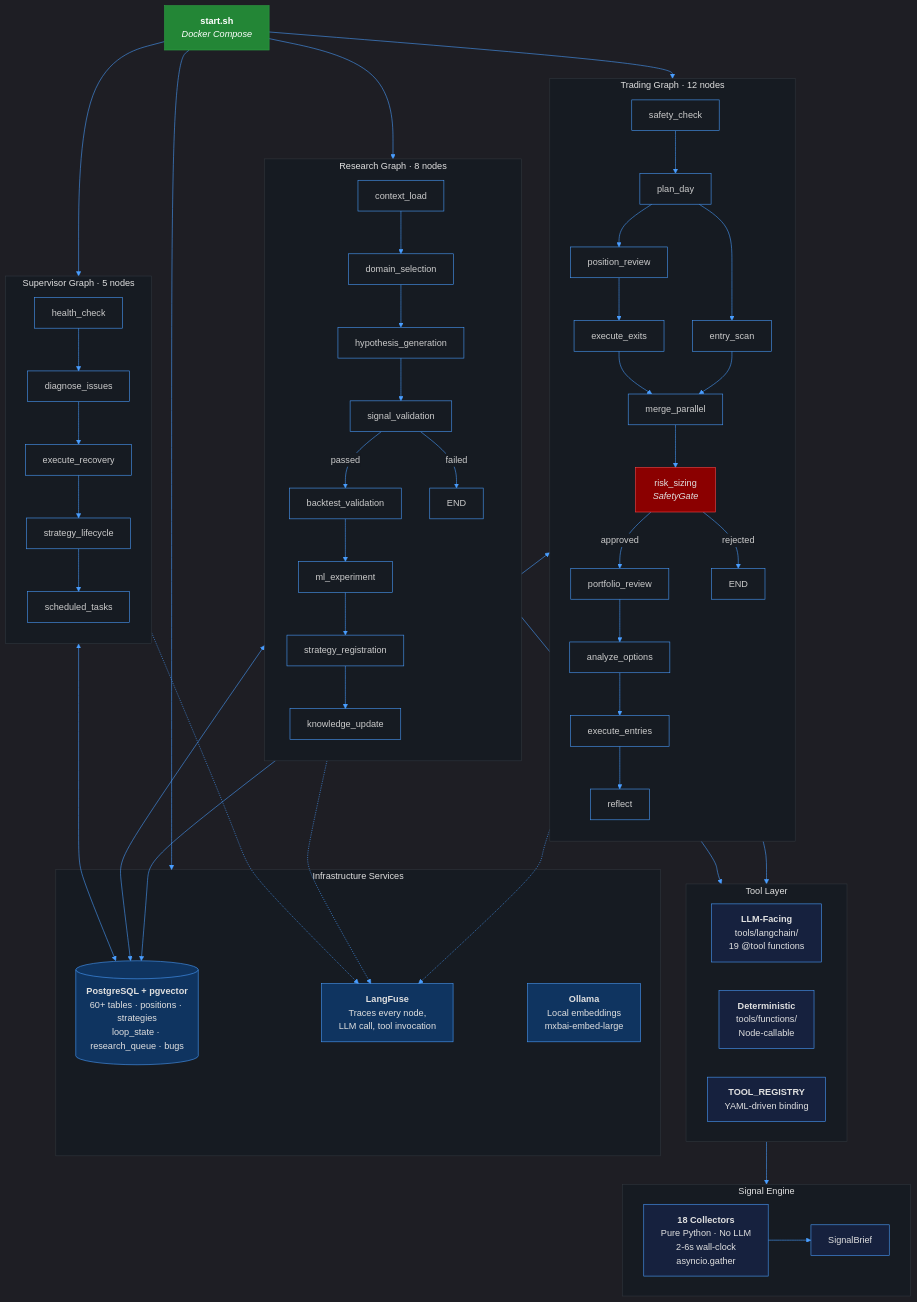
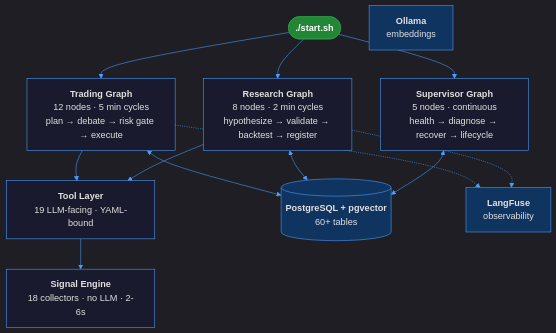
One commit to kbichave/QuantStack changed the diagram in docs/images/architecture.mmd. Above: the diagram before and after it, drawn with Mermaid. The commit also changed 1 other file, not shown here.

Commit message:
docs: simplify architecture diagram to high-level system view

```diff
--- a/docs/images/architecture.mmd
+++ b/docs/images/architecture.mmd
@@ -1,86 +1,38 @@
 %%{init: {'theme': 'dark', 'themeVariables': {'primaryColor': '#1a1a2e', 'primaryTextColor': '#e0e0e0', 'primaryBorderColor': '#4a9eff', 'lineColor': '#4a9eff', 'secondaryColor': '#16213e', 'tertiaryColor': '#0f3460', 'background': '#0d1117', 'mainBkg': '#161b22', 'nodeBorder': '#4a9eff', 'clusterBkg': '#161b22', 'clusterBorder': '#30363d', 'titleColor': '#e0e0e0', 'edgeLabelBackground': '#161b22'}}}%%
 
 graph TB
-    START["<b>start.sh</b><br/><i>Docker Compose</i>"]
+    START(["<b>./start.sh</b>"])
 
-    subgraph INFRA["Infrastructure Services"]
-        PG[("<b>PostgreSQL + pgvector</b><br/>60+ tables · positions · strategies<br/>loop_state · research_queue · bugs")]
-        LF["<b>LangFuse</b><br/>Traces every node,<br/>LLM call, tool invocation"]
-        OL["<b>Ollama</b><br/>Local embeddings<br/>mxbai-embed-large"]
-    end
+    TRADING["<b>Trading Graph</b><br/>12 nodes · 5 min cycles<br/>plan → debate → risk gate → execute"]
+    RESEARCH["<b>Research Graph</b><br/>8 nodes · 2 min cycles<br/>hypothesize → validate → backtest → register"]
+    SUPERVISOR["<b>Supervisor Graph</b><br/>5 nodes · continuous<br/>health → diagnose → recover → lifecycle"]
 
-    subgraph TRADING["Trading Graph  ·  12 nodes"]
-        direction TB
-        T_SC["safety_check"] --> T_PD["plan_day"]
-        T_PD --> T_PR["position_review"]
-        T_PD --> T_ES["entry_scan"]
-        T_PR --> T_EX["execute_exits"]
-        T_EX --> T_MP["merge_parallel"]
-        T_ES --> T_MP
-        T_MP --> T_RS["risk_sizing<br/><i>SafetyGate</i>"]
-        T_RS -->|approved| T_PFR["portfolio_review"]
-        T_RS -->|rejected| T_END["END"]
-        T_PFR --> T_AO["analyze_options"]
-        T_AO --> T_EE["execute_entries"]
-        T_EE --> T_RF["reflect"]
-    end
-
-    subgraph RESEARCH["Research Graph  ·  8 nodes"]
-        direction TB
-        R_CL["context_load"] --> R_DS["domain_selection"]
-        R_DS --> R_HG["hypothesis_generation"]
-        R_HG --> R_SV["signal_validation"]
-        R_SV -->|passed| R_BV["backtest_validation"]
-        R_SV -->|failed| R_END["END"]
-        R_BV --> R_ML["ml_experiment"]
-        R_ML --> R_SR["strategy_registration"]
-        R_SR --> R_KU["knowledge_update"]
-    end
-
-    subgraph SUPERVISOR["Supervisor Graph  ·  5 nodes"]
-        direction TB
-        S_HC["health_check"] --> S_DI["diagnose_issues"]
-        S_DI --> S_ER["execute_recovery"]
-        S_ER --> S_SL["strategy_lifecycle"]
-        S_SL --> S_ST["scheduled_tasks"]
-    end
-
-    subgraph TOOLS["Tool Layer"]
-        direction LR
-        TL_LLM["<b>LLM-Facing</b><br/>tools/langchain/<br/>19 @tool functions"]
-        TL_DET["<b>Deterministic</b><br/>tools/functions/<br/>Node-callable"]
-        TL_REG["<b>TOOL_REGISTRY</b><br/>YAML-driven binding"]
-    end
-
-    subgraph SIGNALS["Signal Engine"]
-        SE["<b>18 Collectors</b><br/>Pure Python · No LLM<br/>2-6s wall-clock<br/>asyncio.gather"]
-        SB["SignalBrief"]
-        SE --> SB
-    end
+    SE["<b>Signal Engine</b><br/>18 collectors · no LLM · 2-6s"]
+    TOOLS["<b>Tool Layer</b><br/>19 LLM-facing · YAML-bound"]
+    PG[("<b>PostgreSQL + pgvector</b><br/>60+ tables")]
+    LF["<b>LangFuse</b><br/>observability"]
+    OL["<b>Ollama</b><br/>embeddings"]
 
     START --> TRADING
     START --> RESEARCH
     START --> SUPERVISOR
-    START --> INFRA
 
     TRADING <--> PG
     RESEARCH <--> PG
     SUPERVISOR <--> PG
-    TRADING -.-> LF
-    RESEARCH -.-> LF
-    SUPERVISOR -.-> LF
 
     TRADING --> TOOLS
     RESEARCH --> TOOLS
-    TOOLS --> SIGNALS
+    TOOLS --> SE
 
+    TRADING -.-> LF
+    RESEARCH -.-> LF
+
+    classDef startNode fill:#238636,stroke:#2ea043,color:#fff
+    classDef svc fill:#1a1a2e,stroke:#4a9eff,color:#e0e0e0
     classDef infra fill:#0f3460,stroke:#4a9eff,color:#e0e0e0
-    classDef pipeline fill:#1a1a2e,stroke:#4a9eff,color:#e0e0e0
-    classDef gate fill:#8b0000,stroke:#ff4444,color:#e0e0e0
-    classDef startNode fill:#238636,stroke:#2ea043,color:#ffffff
-    classDef toolStyle fill:#16213e,stroke:#4a9eff,color:#e0e0e0
 
+    class START startNode
+    class TRADING,RESEARCH,SUPERVISOR svc
+    class SE,TOOLS svc
     class PG,LF,OL infra
-    class START startNode
-    class T_RS gate
-    class TL_LLM,TL_DET,TL_REG,SE,SB toolStyle
```
